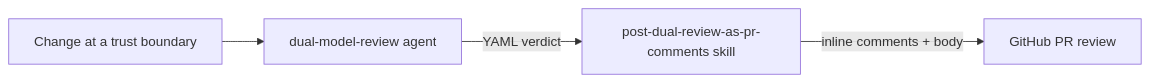
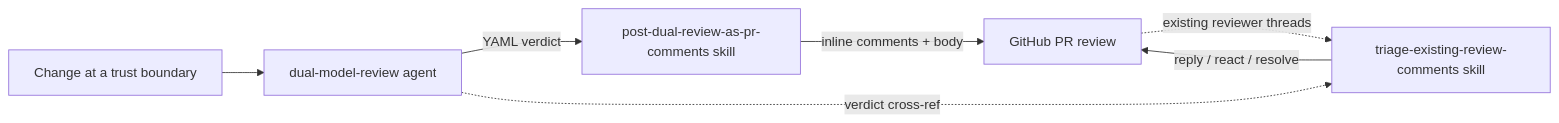
Before and after one commit to jmprieur/pr-inbox: the diagram in plugins/dual-review/README.md, drawn with Mermaid. The commit also changed other lines of this file and 4 other files, not shown here.

First line of the commit message:
Add triage for COpilot comments (#24)

````diff
--- a/plugins/dual-review/README.md
+++ b/plugins/dual-review/README.md
@@ -16,6 +17,9 @@
 ```mermaid
 flowchart LR
     A[Change at a trust boundary] --> B[dual-model-review agent]
     B -->|YAML verdict| C[post-dual-review-as-pr-comments skill]
     C -->|inline comments + body| D[GitHub PR review]
+    D -. existing reviewer threads .-> E[triage-existing-review-comments skill]
+    E -->|reply / react / resolve| D
+    B -. verdict cross-ref .-> E
 ```
````
